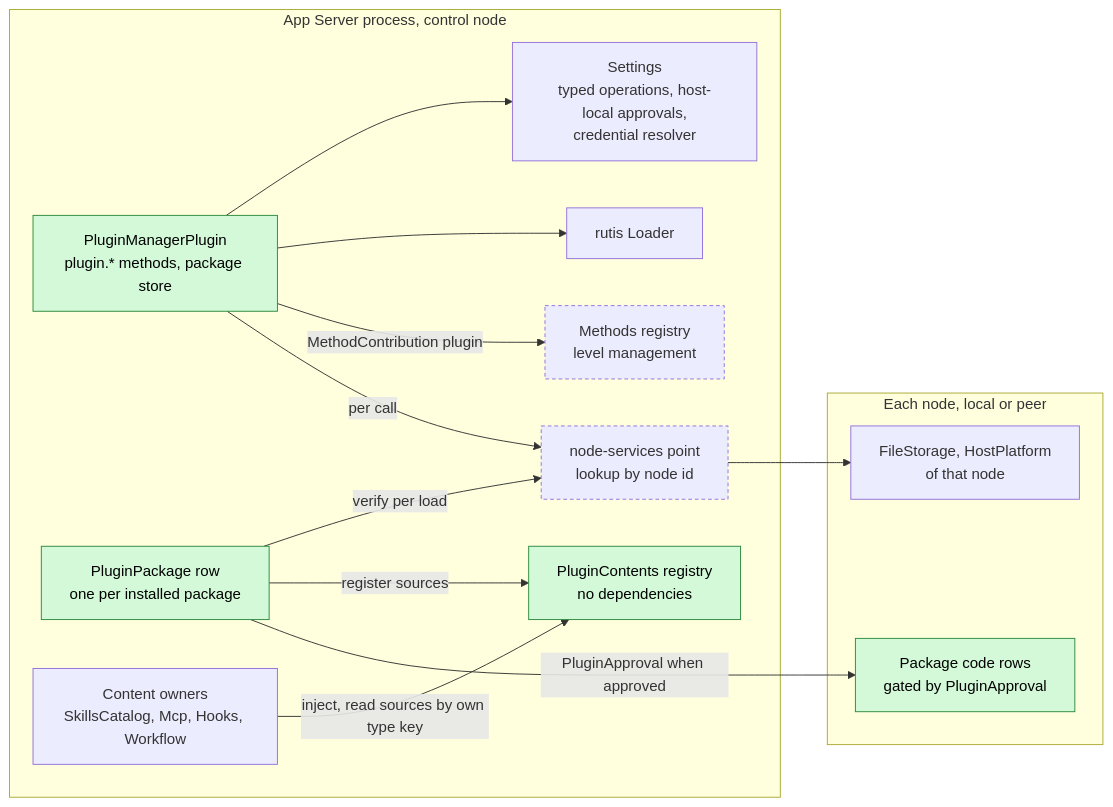
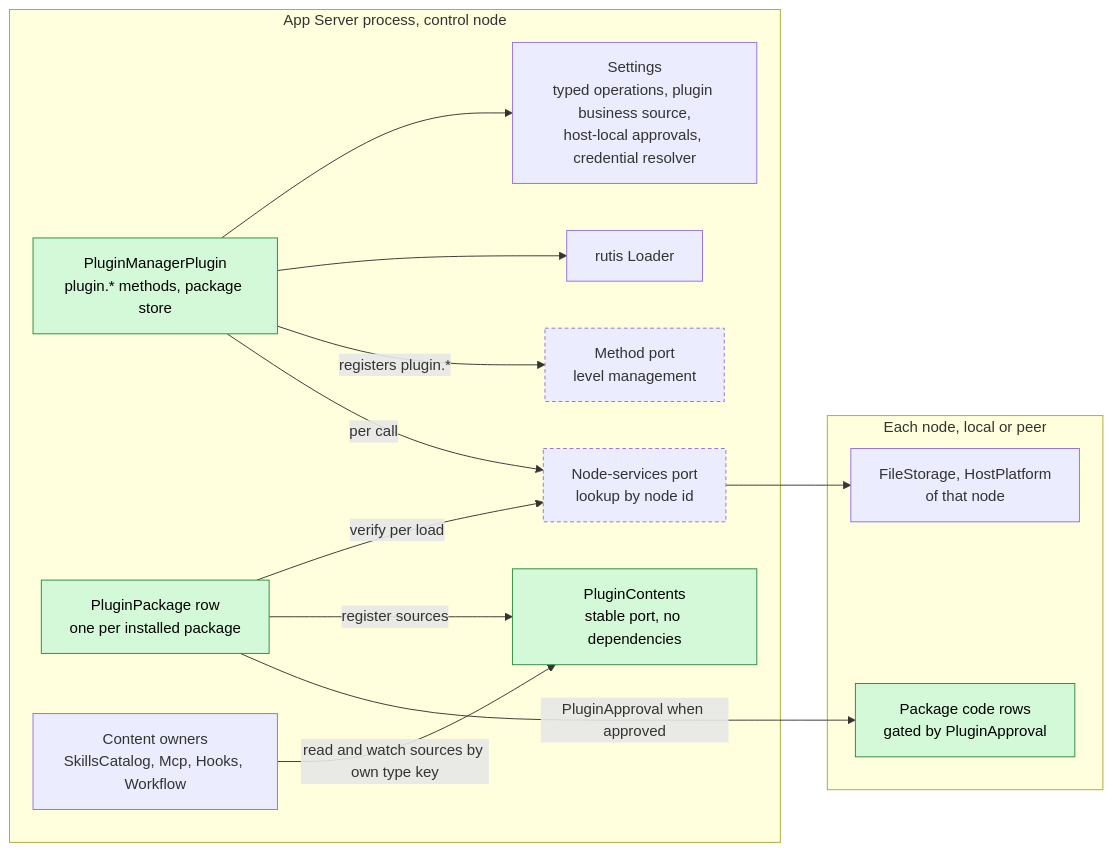
One commit to CoutinhoTTS/dim-agent changed the first of 6 diagrams in docs/design/plugins/PluginManager.md. Above: the diagram before and after it, drawn with Mermaid. The commit also changed other lines of this file and 3 other files, not shown here.

Commit message:
docs(design): apply ADR 002 to Management, PluginManager, RemoteGateway and Modality

````diff
--- a/docs/design/plugins/PluginManager.md
+++ b/docs/design/plugins/PluginManager.md
@@ -9,28 +9,28 @@
 ```mermaid
 flowchart LR
   subgraph CN["App Server process, control node"]
     PM["PluginManagerPlugin<br/>plugin.* methods, package store"]:::new
-    PC["PluginContents registry<br/>no dependencies"]:::new
+    PC["PluginContents<br/>stable port, no dependencies"]:::new
     ROW["PluginPackage row<br/>one per installed package"]:::new
-    SET["Settings<br/>typed operations, host-local approvals,<br/>credential resolver"]
+    SET["Settings<br/>typed operations, plugin business source,<br/>host-local approvals, credential resolver"]
     LOADER["rutis Loader"]
-    MR["Methods registry<br/>level management"]:::contract
-    NS["node-services point<br/>lookup by node id"]:::contract
+    MR["Method port<br/>level management"]:::contract
+    NS["Node-services port<br/>lookup by node id"]:::contract
     CONS["Content owners<br/>SkillsCatalog, Mcp, Hooks, Workflow"]
   end
   subgraph NODE["Each node, local or peer"]
     SVC["FileStorage, HostPlatform<br/>of that node"]
     CODE["Package code rows<br/>gated by PluginApproval"]:::new
   end
   PM --> SET
   PM --> LOADER
-  PM -->|"MethodContribution plugin"| MR
+  PM -->|"registers plugin.*"| MR
   PM -->|"per call"| NS
   ROW -->|"verify per load"| NS
   NS --> SVC
   ROW -->|"register sources"| PC
   ROW -->|"PluginApproval when approved"| CODE
-  CONS -->|"inject, read sources by own type key"| PC
+  CONS -->|"read and watch sources by own type key"| PC
   classDef new fill:#d3f9d8,stroke:#2b8a3e,color:#000
   classDef contract stroke-dasharray:4 3
 ```
````
